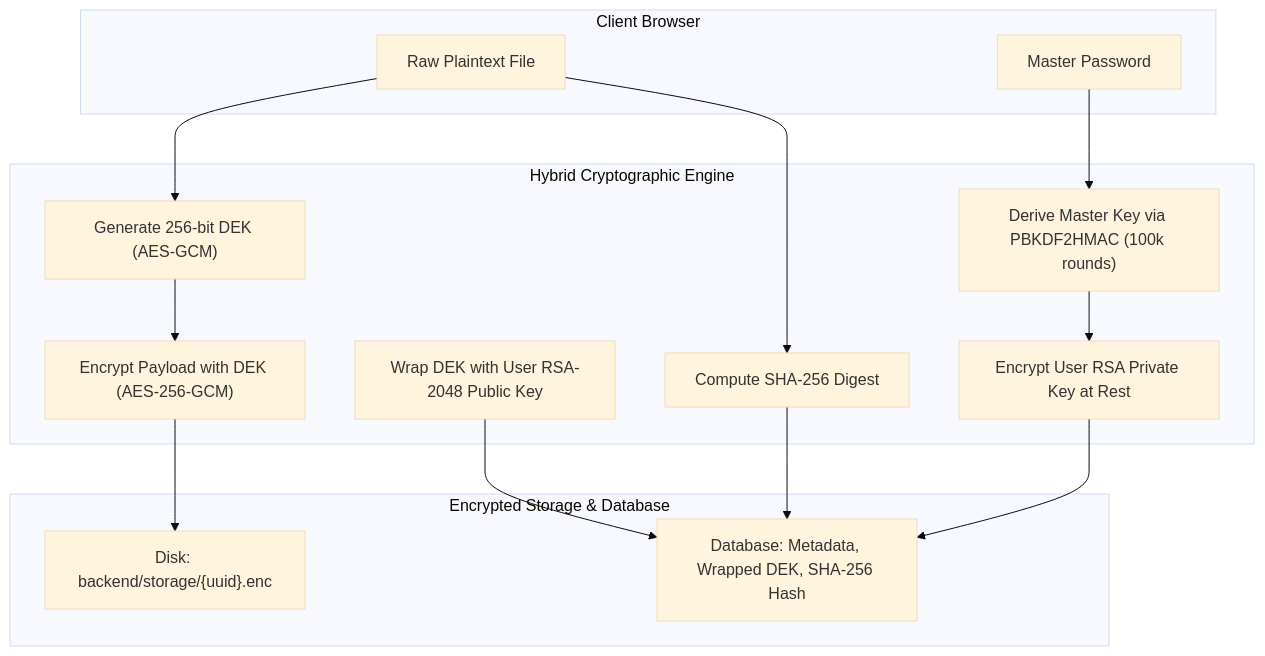
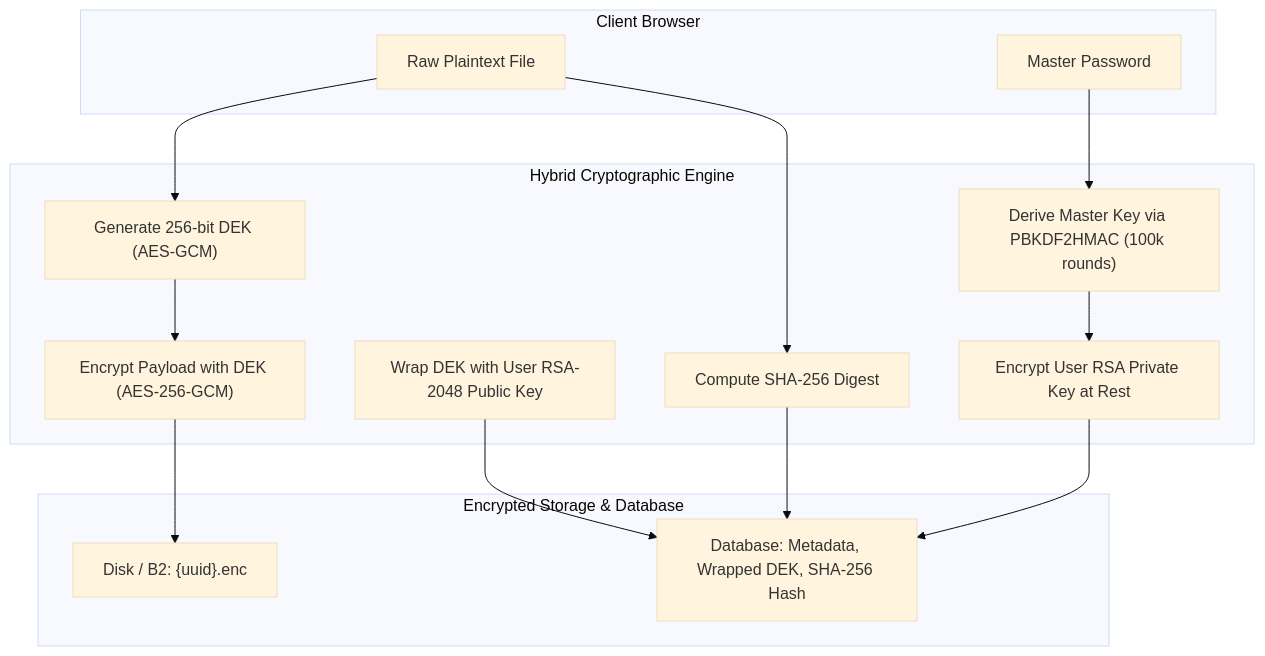
One commit to ujwalx23/Securecloud changed the second of 2 diagrams in README.md. Above: the diagram before and after it, drawn with Mermaid (base theme). The commit also changed other lines of this file, not shown here.

Commit message:
Update detailed comprehensive README showcase with architecture, database models, 79 endpoints, and live multi-cloud infrastructure

````diff
--- a/README.md
+++ b/README.md
@@ -68,29 +99,29 @@
 ```mermaid
 flowchart TD
     subgraph Client ["Client Browser"]
         Plaintext["Raw Plaintext File"]
         MasterPass["Master Password"]
     end
 
     subgraph CryptoEngine ["Hybrid Cryptographic Engine"]
         DEK["Generate 256-bit DEK (AES-GCM)"]
         SHA["Compute SHA-256 Digest"]
         AESEncrypt["Encrypt Payload with DEK (AES-256-GCM)"]
         PBKDF2["Derive Master Key via PBKDF2HMAC (100k rounds)"]
         WrapPrivKey["Encrypt User RSA Private Key at Rest"]
         WrapDEK["Wrap DEK with User RSA-2048 Public Key"]
     end
 
     subgraph StorageLayer ["Encrypted Storage & Database"]
-        EncFile["Disk: backend/storage/{uuid}.enc"]
+        EncFile["Disk / B2: {uuid}.enc"]
         DBRecord["Database: Metadata, Wrapped DEK, SHA-256 Hash"]
     end
 
     Plaintext --> DEK
     Plaintext --> SHA
     DEK --> AESEncrypt
     AESEncrypt --> EncFile
     WrapDEK --> DBRecord
     SHA --> DBRecord
     MasterPass --> PBKDF2 --> WrapPrivKey --> DBRecord
 ```
````
